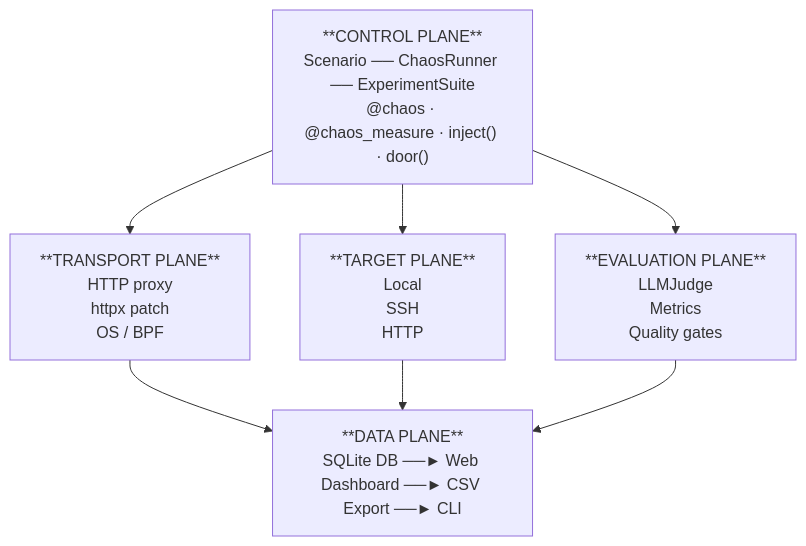
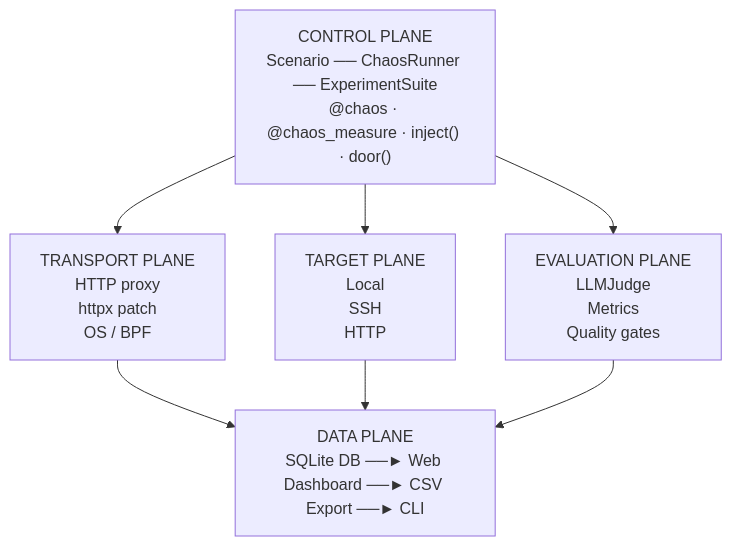
Before and after one commit to swarmourr/CJ: the first of 9 diagrams in docs/architecture.rst, drawn with Mermaid.

Commit message:
docs: remove unsupported ** bold markers from Mermaid node labels

```diff
--- a/docs/architecture.rst
+++ b/docs/architecture.rst
@@ -9,15 +9,15 @@
 .. mermaid::
 
    flowchart TD
-       CP["**CONTROL PLANE**\nScenario ── ChaosRunner ── ExperimentSuite\n@chaos · @chaos_measure · inject() · door()"]
-       TP["**TRANSPORT PLANE**\nHTTP proxy\nhttpx patch\nOS / BPF"]
-       TGP["**TARGET PLANE**\nLocal\nSSH\nHTTP"]
-       EP["**EVALUATION PLANE**\nLLMJudge\nMetrics\nQuality gates"]
-       DP["**DATA PLANE**\nSQLite DB ──► Web Dashboard ──► CSV Export ──► CLI"]
+       CP["CONTROL PLANE\nScenario ── ChaosRunner ── ExperimentSuite\n@chaos · @chaos_measure · inject() · door()"]
+       TP["TRANSPORT PLANE\nHTTP proxy\nhttpx patch\nOS / BPF"]
+       TGP["TARGET PLANE\nLocal\nSSH\nHTTP"]
+       EP["EVALUATION PLANE\nLLMJudge\nMetrics\nQuality gates"]
+       DP["DATA PLANE\nSQLite DB ──► Web Dashboard ──► CSV Export ──► CLI"]
 
        CP --> TP
        CP --> TGP
        CP --> EP
        TP --> DP
        TGP --> DP
        EP --> DP
```
